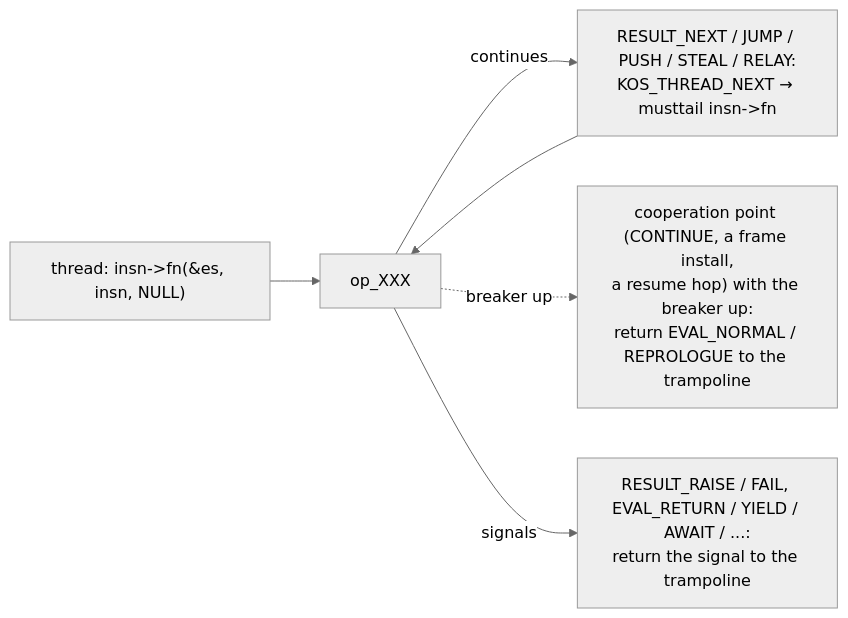
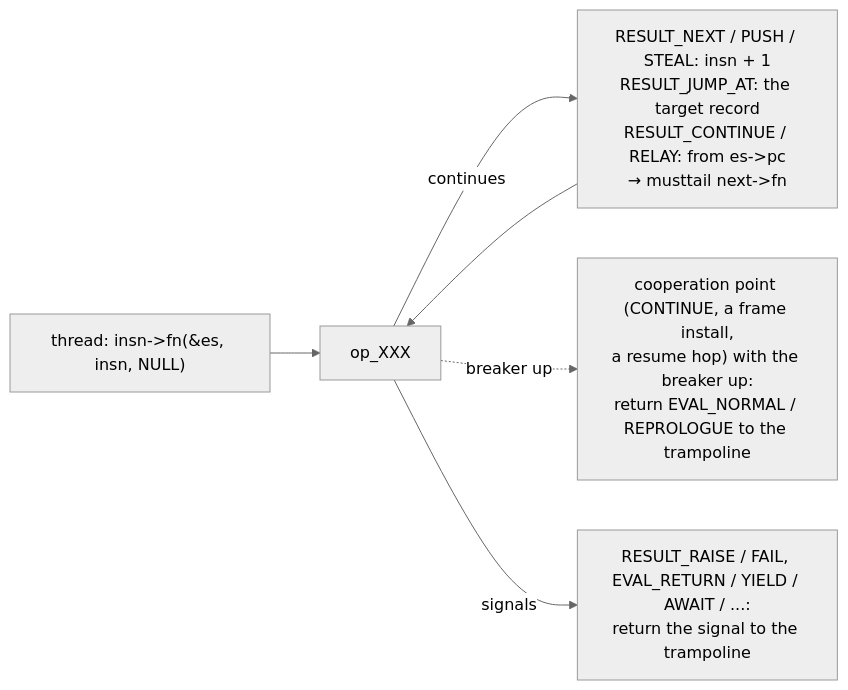
Before and after one commit to koskari-lang/koskari: the sixth of 12 diagrams in design/EVALUATOR.md, drawn with Mermaid (neutral theme). The commit also changed other lines of this file and 7 other files, not shown here.

````diff
--- a/design/EVALUATOR.md
+++ b/design/EVALUATOR.md
@@ -423,13 +423,13 @@
 ```mermaid
 flowchart LR
     thread["thread: insn->fn(&es, insn, NULL)"]
     handler["op_XXX"]
-    next["RESULT_NEXT / JUMP / PUSH / STEAL / RELAY:<br/>KOS_THREAD_NEXT → musttail insn->fn"]
+    next["RESULT_NEXT / PUSH / STEAL: insn + 1<br/>RESULT_JUMP_AT: the target record<br/>RESULT_CONTINUE / RELAY: from es->pc<br/>→ musttail next->fn"]
     trip["cooperation point (CONTINUE, a frame install,<br/>a resume hop) with the breaker up:<br/>return EVAL_NORMAL / REPROLOGUE to the trampoline"]
     signal["RESULT_RAISE / FAIL, EVAL_RETURN / YIELD / AWAIT / ...:<br/>return the signal to the trampoline"]
 
     thread --> handler
     handler -->|continues| next --> handler
     handler -.->|breaker up| trip
     handler -->|signals| signal
 ```
````
